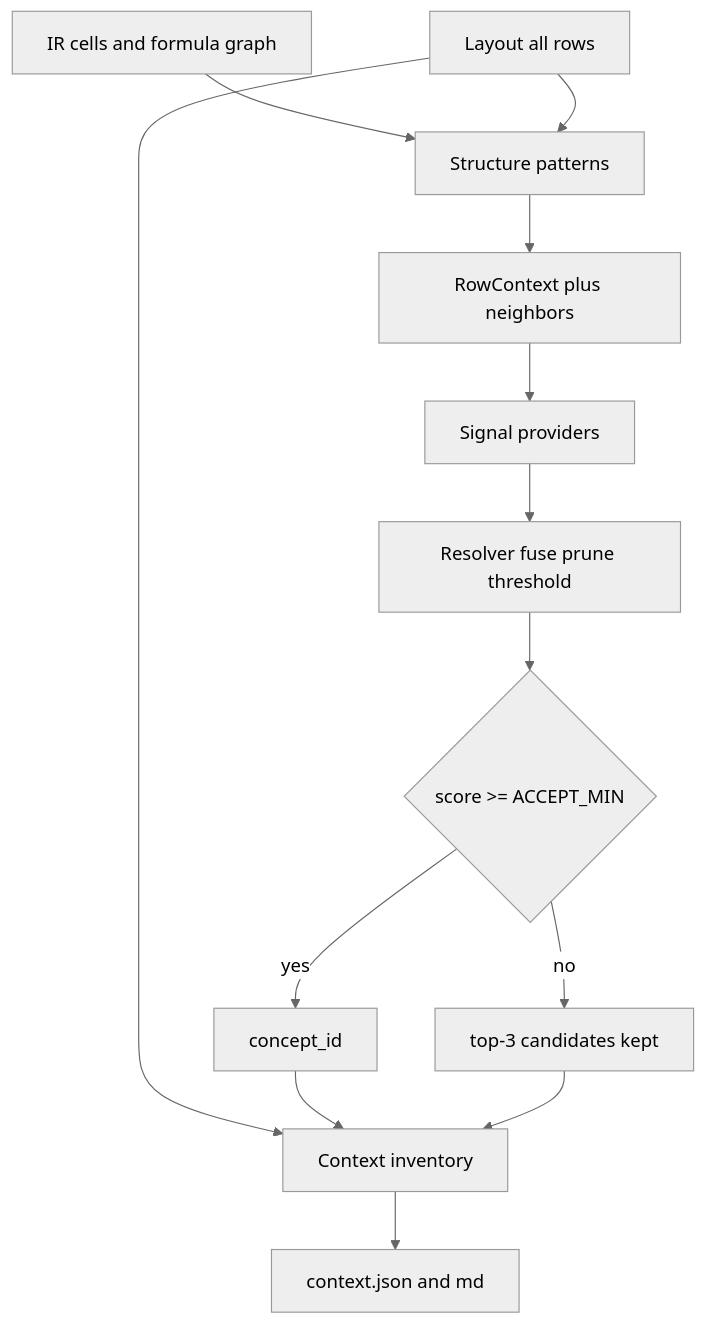
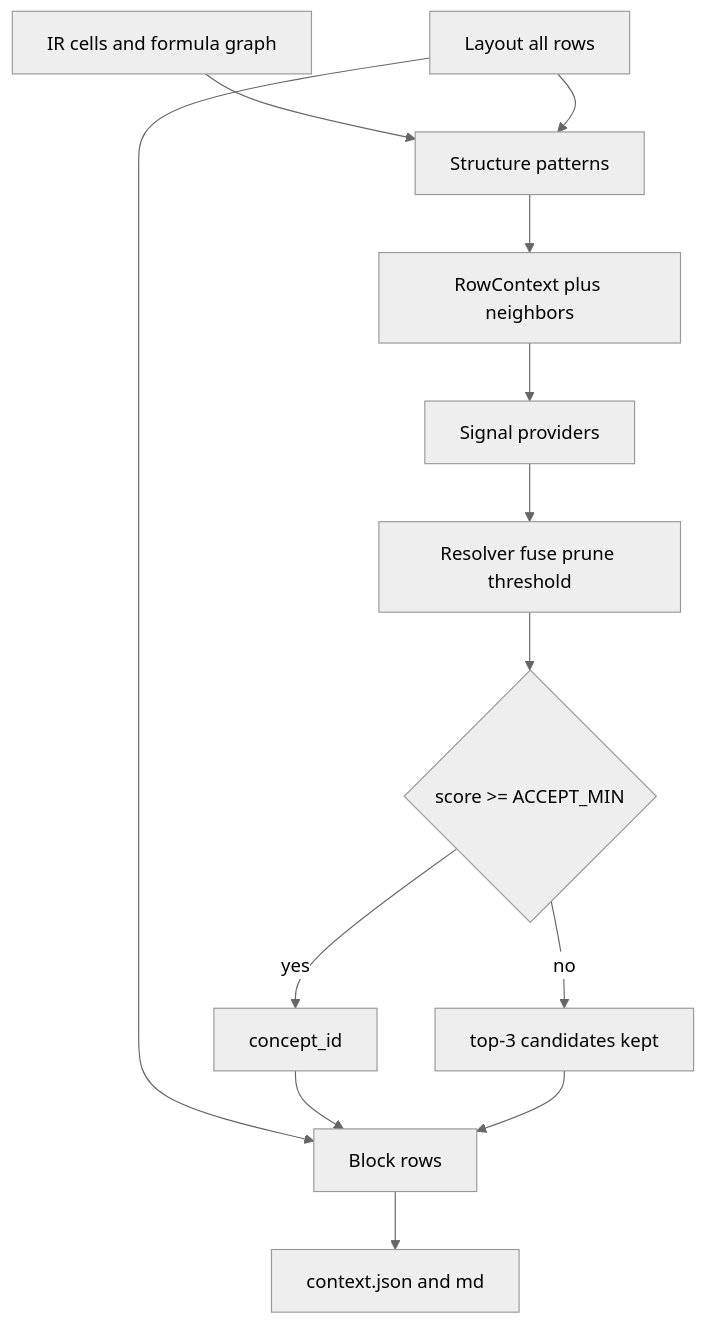
One commit to x0r1x/finance-context-builder changed the second of 2 diagrams in docs/architecture.md. Above: the diagram before and after it, drawn with Mermaid (neutral theme). The commit also changed other lines of this file and 37 other files, not shown here.

First line of the commit message:
Publish context 1.9 and graph 1.5 as paired JSON and Markdown.

````diff
--- a/docs/architecture.md
+++ b/docs/architecture.md
@@ -59,15 +57,15 @@
 ```mermaid
 flowchart TD
   ir[IR cells and formula graph] --> struct[Structure patterns]
-  layout[Layout all rows] --> inv[Context inventory]
+  layout[Layout all rows] --> rows[Block rows]
   layout --> struct
   struct --> ctx[RowContext plus neighbors]
   ctx --> signals[Signal providers]
   signals --> resolver[Resolver fuse prune threshold]
   resolver --> decide{score >= ACCEPT_MIN}
   decide -->|yes| mapped[concept_id]
   decide -->|no| cand[top-3 candidates kept]
-  mapped --> inv
-  cand --> inv
-  inv --> json[context.json and md]
+  mapped --> rows
+  cand --> rows
+  rows --> json[context.json and md]
 ```
````
